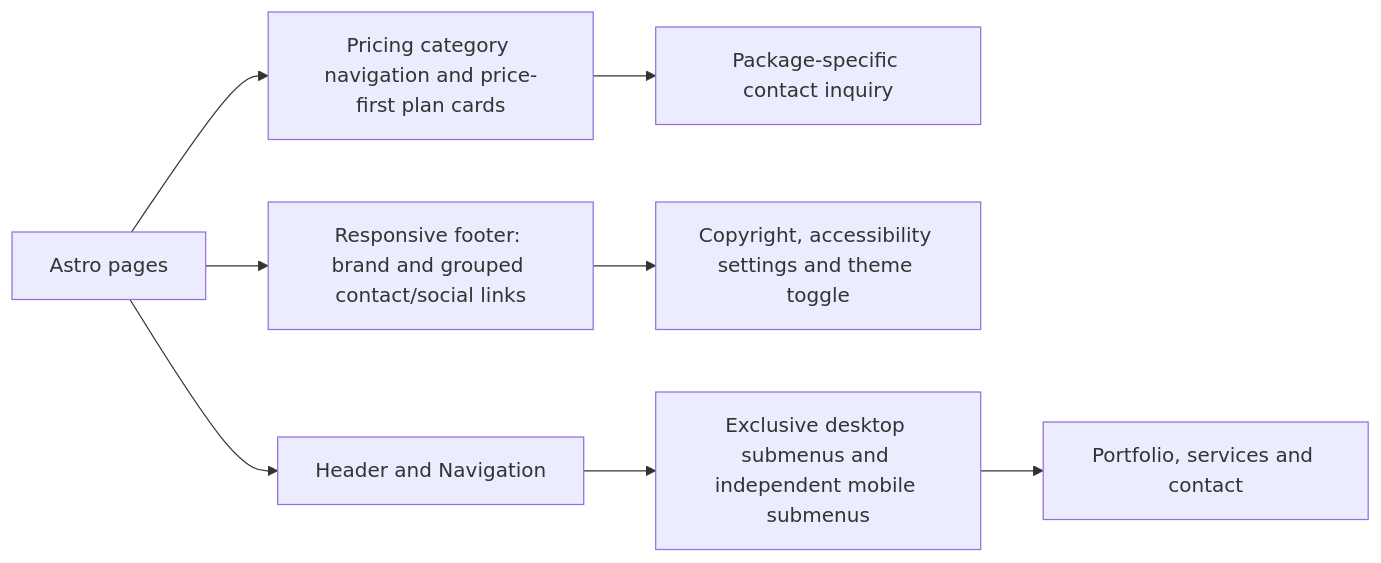
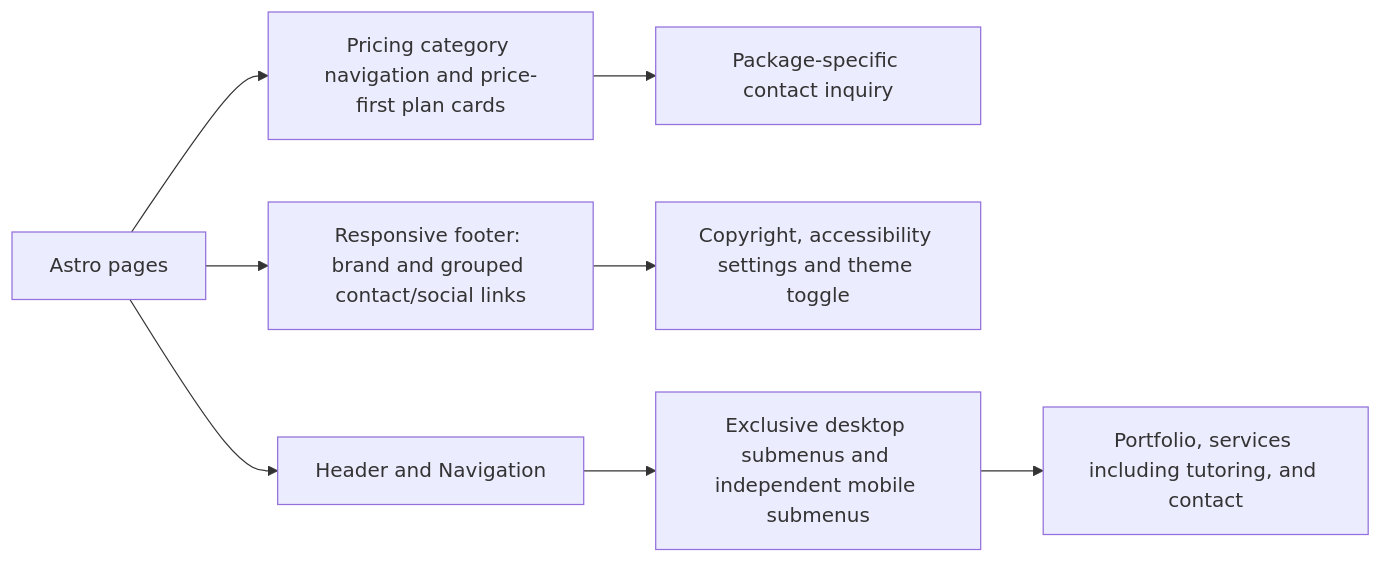
Before and after one commit to anoblet/astronautical-apogee: the diagram in src/components/readme.md, drawn with Mermaid. The commit also changed other lines of this file and 8 other files, not shown here.

Commit message:
feat(services): add computer tutoring for children

````diff
--- a/src/components/readme.md
+++ b/src/components/readme.md
@@ -22,10 +23,10 @@
 ```mermaid
 flowchart LR
   Routes[Astro pages] --> Pricing[Pricing category navigation and price-first plan cards]
   Pricing --> Inquiry[Package-specific contact inquiry]
   Routes --> Footer[Responsive footer: brand and grouped contact/social links]
   Footer --> Utilities[Copyright, accessibility settings and theme toggle]
   Routes[Astro pages] --> Header[Header and Navigation]
   Header --> Menu[Exclusive desktop submenus and independent mobile submenus]
-  Menu --> Destinations[Portfolio, services and contact]
+  Menu --> Destinations[Portfolio, services including tutoring, and contact]
 ```
````
